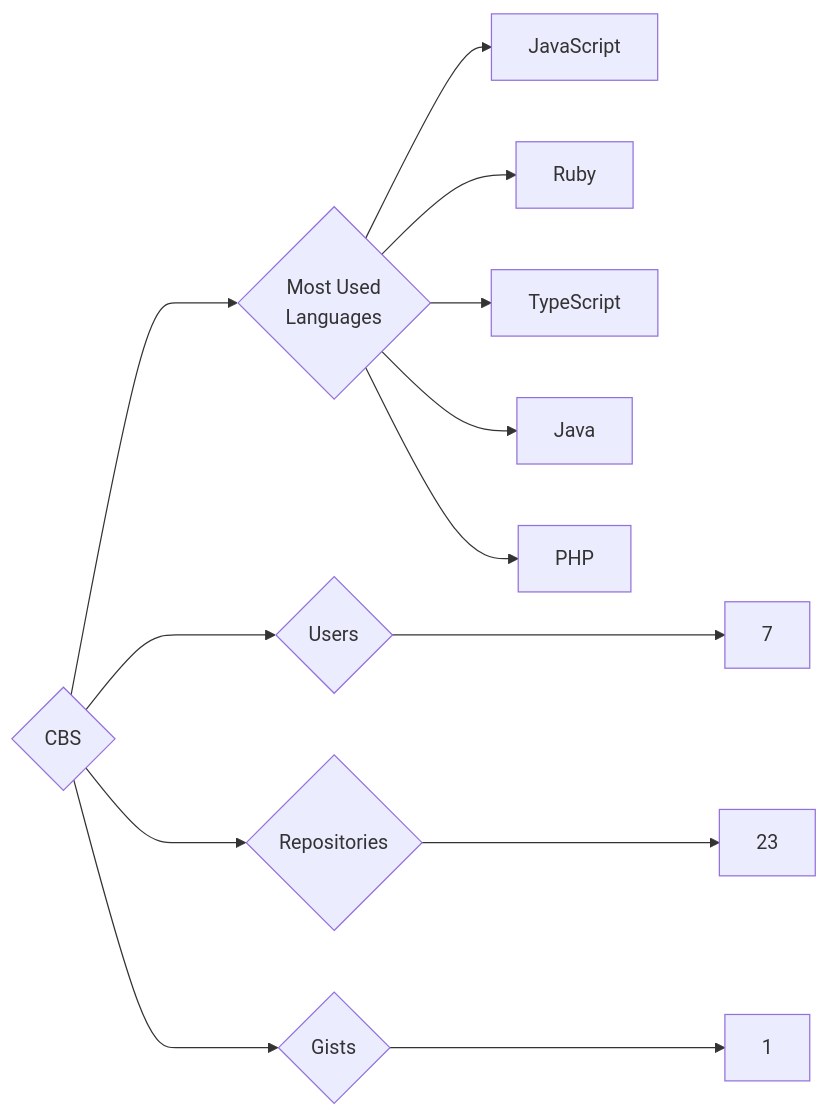
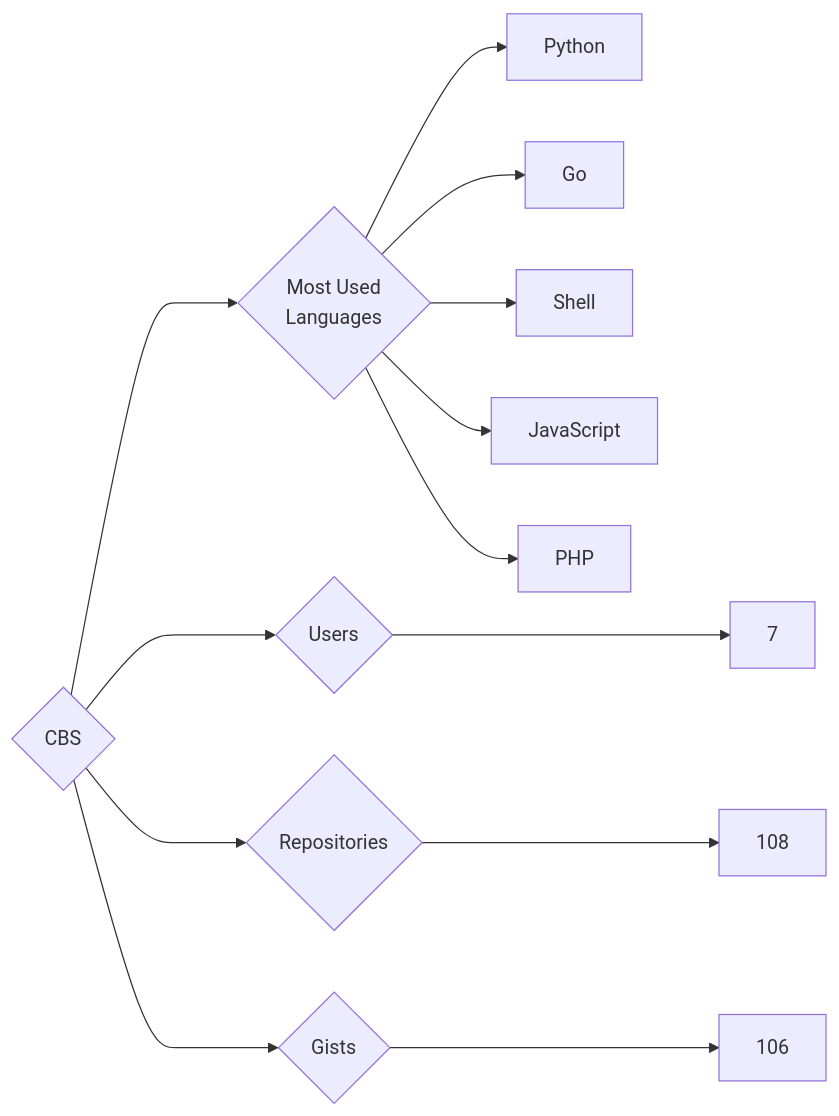
One commit to trickest/insiders changed the diagram in targets/CBS/README.md. Above: the diagram before and after it, drawn with Mermaid. The commit also changed 1149 other files, not shown here.

````diff
--- a/targets/CBS/README.md
+++ b/targets/CBS/README.md
@@ -3,13 +3,13 @@
 ```mermaid
 graph LR
 COMPANY_NAME{CBS}
 COMPANY_NAME ---> U{Users} ---> UN[7]
-COMPANY_NAME ---> R{Repositories} ---> RN[23]
-COMPANY_NAME ---> G{Gists} ---> GN[1]
+COMPANY_NAME ---> R{Repositories} ---> RN[108]
+COMPANY_NAME ---> G{Gists} ---> GN[106]
 COMPANY_NAME ---> ML{Most Used<br>Languages}
+ML --> Python[Python]
+ML --> Go[Go]
+ML --> Shell[Shell]
 ML --> JavaScript[JavaScript]
-ML --> Ruby[Ruby]
-ML --> TypeScript[TypeScript]
-ML --> Java[Java]
 ML --> PHP[PHP]
 ```
````
